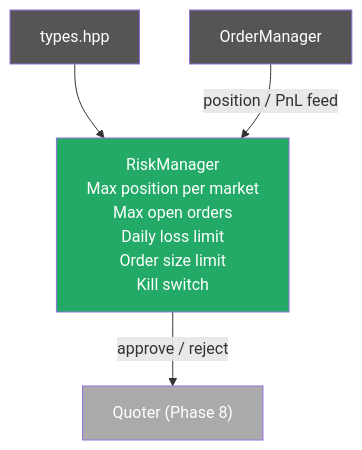
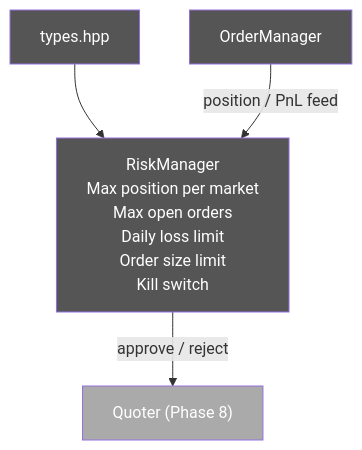
The ninth of 12 diagrams in PLAN.md (jfreun123/kalshi-market-maker), drawn with Mermaid before and after one commit. The commit also changed other lines of this file and 5 other files, not shown here.

````diff
--- a/PLAN.md
+++ b/PLAN.md
@@ -416,15 +416,15 @@
 ```mermaid
 graph TD
     T["types.hpp"]
     OM["OrderManager"]
     RM["RiskManager\nMax position per market\nMax open orders\nDaily loss limit\nOrder size limit\nKill switch"]
 
     T --> RM
     OM -->|position / PnL feed| RM
     RM -->|approve / reject| QE["Quoter (Phase 8)"]
 
     style T fill:#555,color:#fff
     style OM fill:#555,color:#fff
-    style RM fill:#2a6,color:#fff
+    style RM fill:#555,color:#fff
     style QE fill:#aaa,color:#fff
 ```
````
